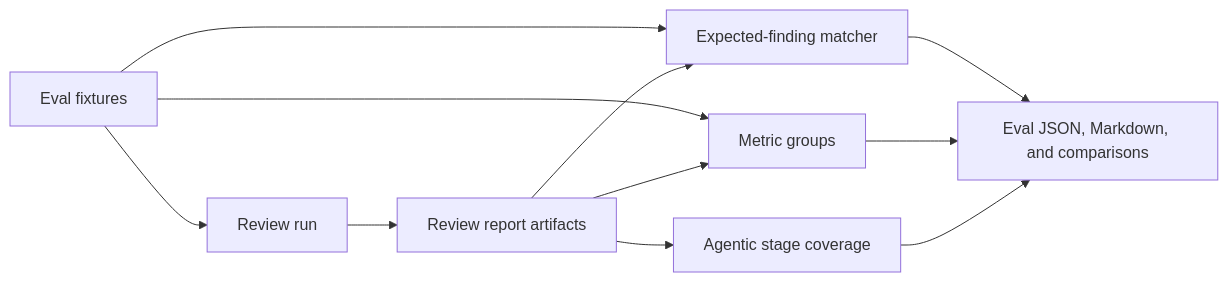
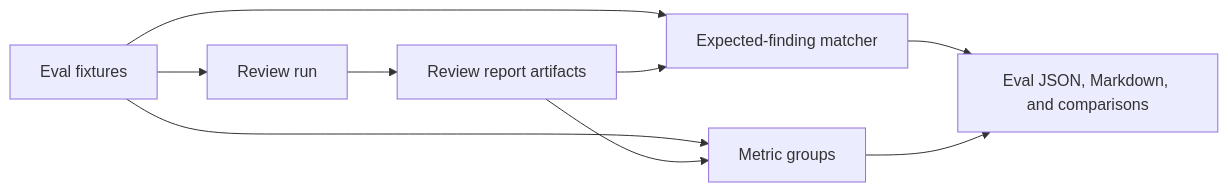
Before and after one commit to sebastianwessel/codereviewer: the diagram in docs/evaluation/README.md, drawn with Mermaid. The commit also changed other lines of this file and 26 other files, not shown here.

````diff
--- a/docs/evaluation/README.md
+++ b/docs/evaluation/README.md
@@ -31,20 +31,17 @@
 ```mermaid
 flowchart LR
   Fixtures["Eval fixtures"]
   Review["Review run"]
   Report["Review report artifacts"]
   Match["Expected-finding matcher"]
   Groups["Metric groups"]
-  Stages["Agentic stage coverage"]
   Summary["Eval JSON, Markdown, and comparisons"]
 
   Fixtures --> Review --> Report
   Fixtures --> Match
   Fixtures --> Groups
   Report --> Match
   Report --> Groups
-  Report --> Stages
   Match --> Summary
   Groups --> Summary
-  Stages --> Summary
 ```
````
